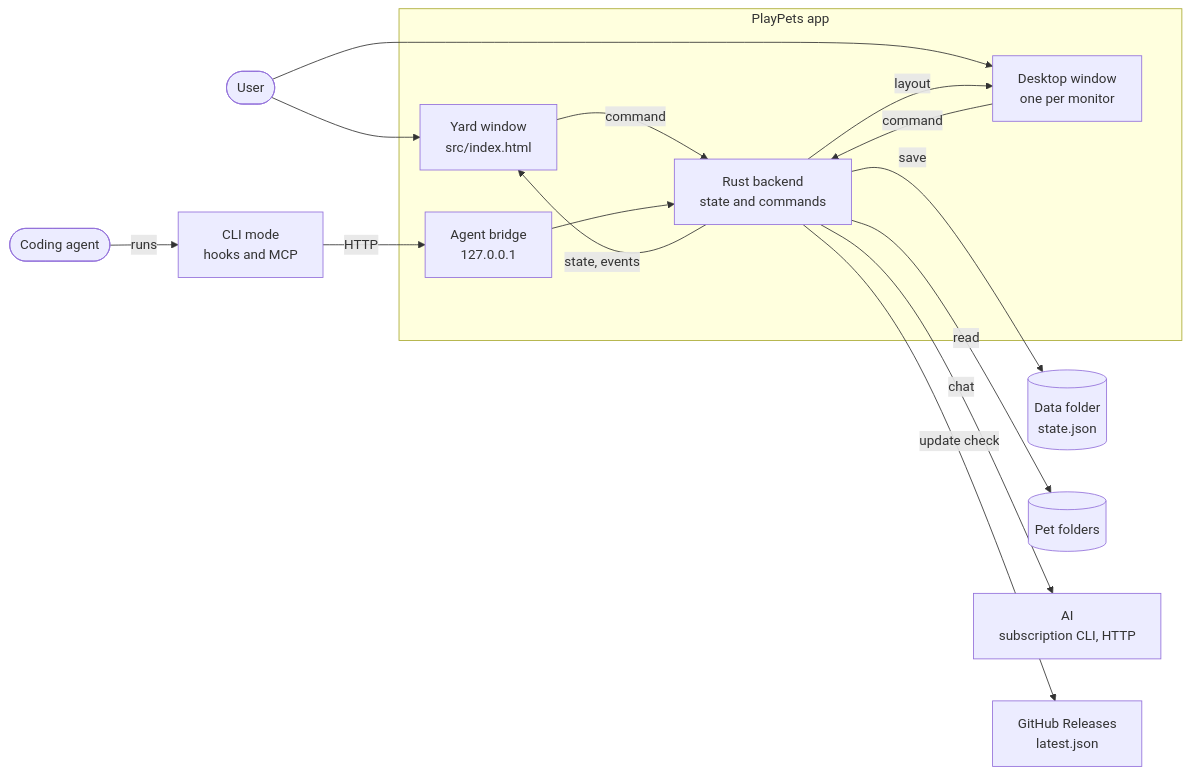
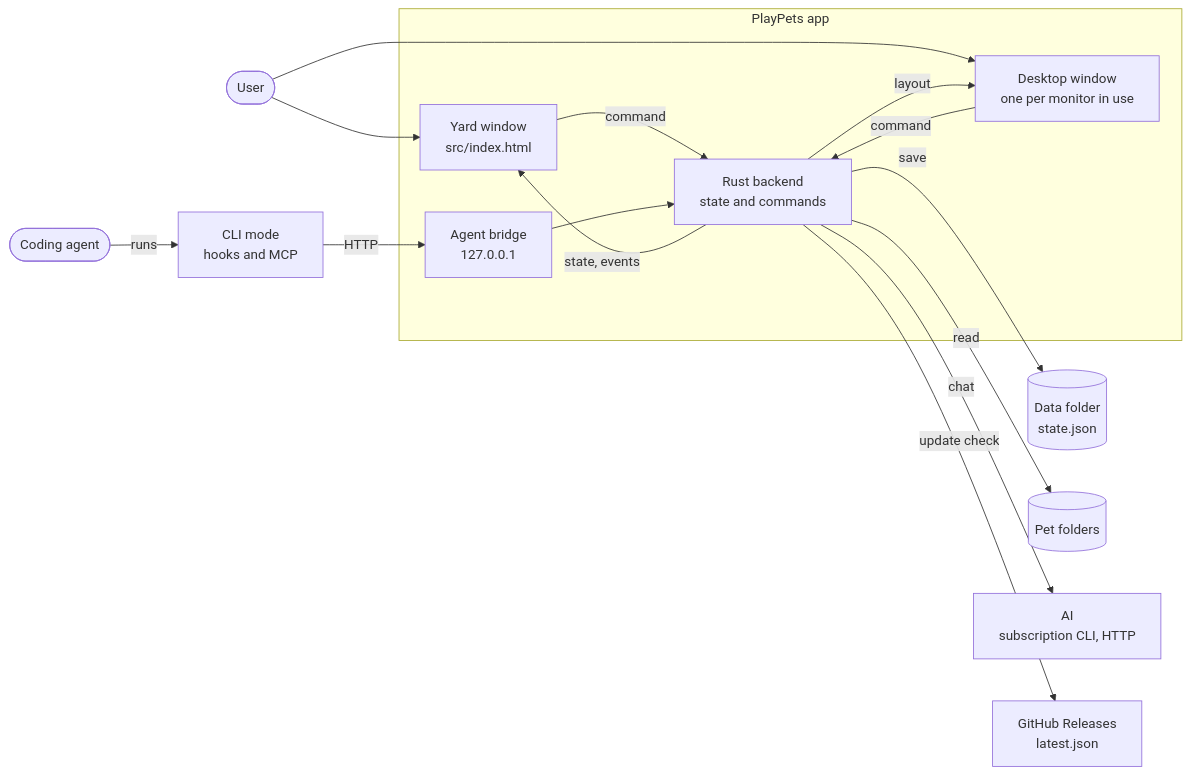
One commit to gaerae/playpets changed the diagram in docs/architecture.md. Above: the diagram before and after it, drawn with Mermaid. The commit also changed other lines of this file and 131 other files, not shown here.

````diff
--- a/docs/architecture.md
+++ b/docs/architecture.md
@@ -16,29 +16,29 @@
 ```mermaid
 flowchart LR
   person([User])
   agent([Coding agent])
   subgraph app[PlayPets app]
     yard[Yard window<br/>src/index.html]
-    overlay[Desktop window<br/>one per monitor]
+    overlay[Desktop window<br/>one per monitor in use]
     backend[Rust backend<br/>state and commands]
     bridge[Agent bridge<br/>127.0.0.1]
   end
   cli[CLI mode<br/>hooks and MCP]
   data[(Data folder<br/>state.json)]
   pets[(Pet folders)]
   ai[AI<br/>subscription CLI, HTTP]
   releases[GitHub Releases<br/>latest.json]
   person --> yard
   person --> overlay
   yard -- command --> backend
   overlay -- command --> backend
   backend -- state, events --> yard
   backend -- layout --> overlay
   agent -- runs --> cli
   cli -- HTTP --> bridge
   bridge --> backend
   backend -- save --> data
   backend -- read --> pets
   backend -- chat --> ai
   backend -- update check --> releases
 ```
````
